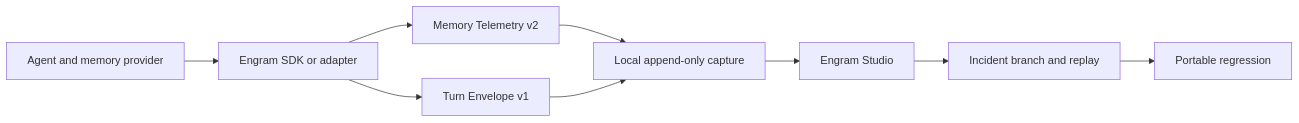
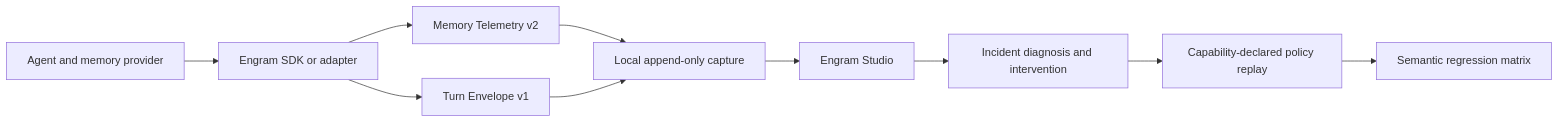
One commit to Meyk0/engram-viz changed the diagram in docs/index.mdx. Above: the diagram before and after it, drawn with Mermaid. The commit also changed other lines of this file and 8 other files, not shown here.

````diff
--- a/docs/index.mdx
+++ b/docs/index.mdx
@@ -66,11 +69,12 @@
 ```mermaid
 flowchart LR
   A[Agent and memory provider] --> B[Engram SDK or adapter]
   B --> C[Memory Telemetry v2]
   B --> D[Turn Envelope v1]
   C --> E[Local append-only capture]
   D --> E
   E --> F[Engram Studio]
-  F --> G[Incident branch and replay]
-  G --> H[Portable regression]
+  F --> G[Incident diagnosis and intervention]
+  G --> H[Capability-declared policy replay]
+  H --> I[Semantic regression matrix]
 ```
````
